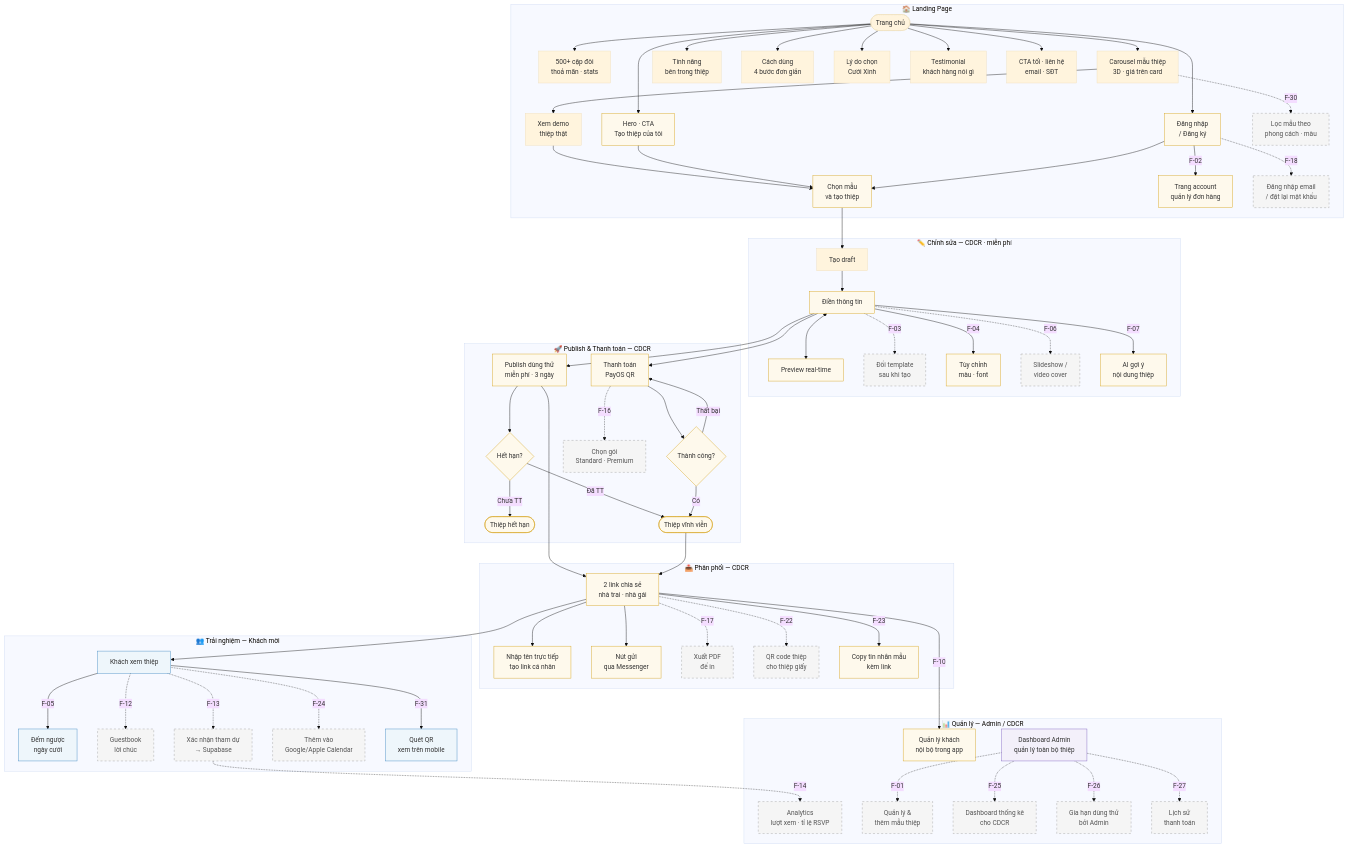
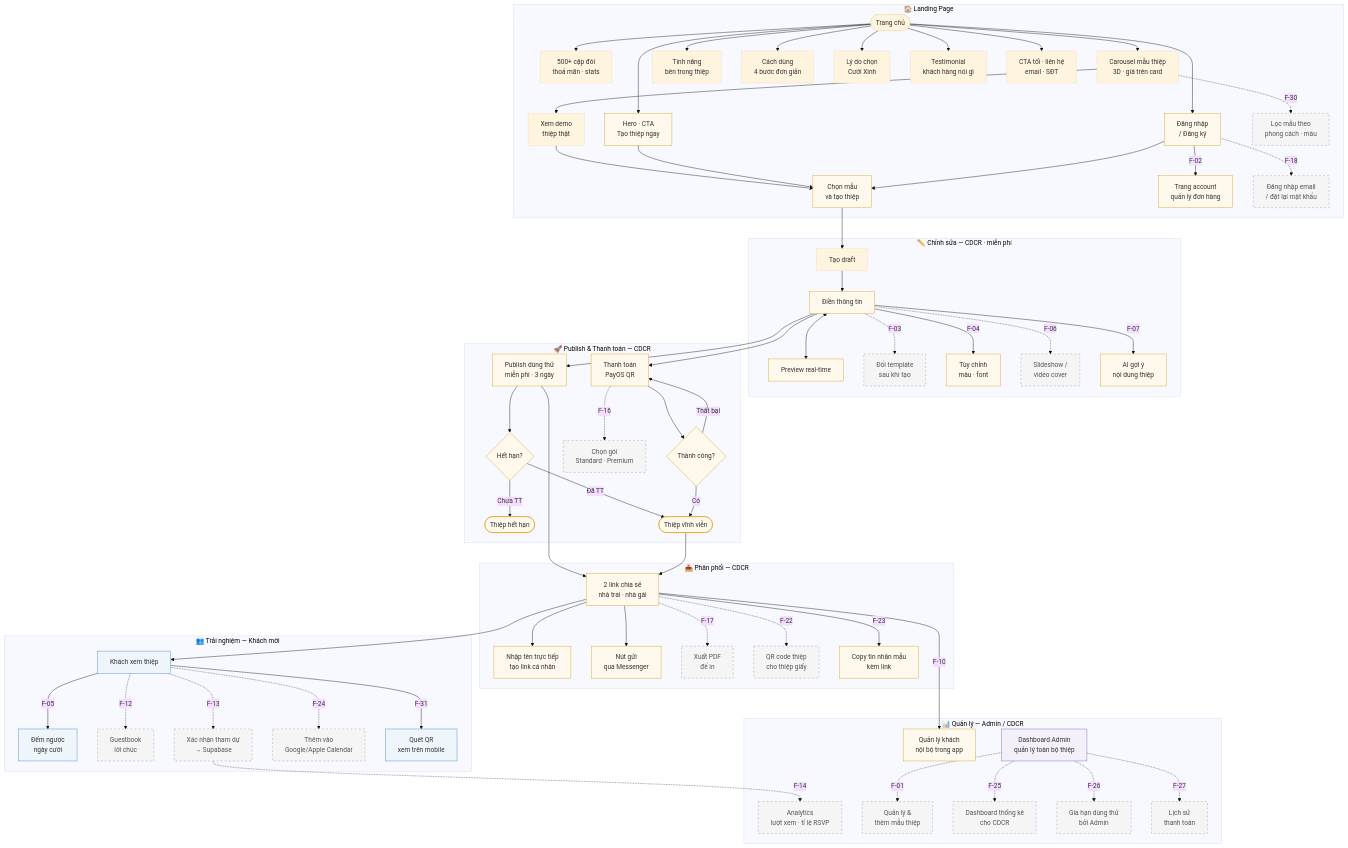
The first of 2 diagrams in documents/overview.md (cuoixinh/cuoixinh.github.io), drawn with Mermaid (base theme) before and after one commit. The commit also changed other lines of this file and 4 other files, not shown here.

````diff
--- a/documents/overview.md
+++ b/documents/overview.md
@@ -13,78 +13,78 @@
 ```mermaid
 flowchart TD
     classDef future fill:#f5f5f5,stroke:#999,stroke-dasharray:5 5,color:#555
     classDef cdcr fill:#fef9ec,stroke:#d4a017,color:#333
     classDef guest fill:#eef6fb,stroke:#3a85c0,color:#333
     classDef admin fill:#f3f0fa,stroke:#7c5cbf,color:#333
 
     subgraph landing ["🏠 Landing Page"]
         A([Trang chủ])
-        A --> HERO[Hero · CTA\nTạo thiệp của tôi]:::cdcr
+        A --> HERO[Hero · CTA\nTạo thiệp ngay]:::cdcr
         A --> COUNTER[500+ cặp đôi\nthoả mãn · stats]
         A --> BROWSE[Carousel mẫu thiệp\n3D · giá trên card]
         A --> FEAT[Tính năng\nbên trong thiệp]
         A --> STEPS[Cách dùng\n4 bước đơn giản]
         A --> BENEFITS[Lý do chọn\nCưới Xinh]
         A --> TESTI[Testimonial\nkhách hàng nói gì]
         A --> CTA[CTA tối · liên hệ\nemail · SĐT]
         A --> LOGIN[Đăng nhập\n/ Đăng ký]:::cdcr
         BROWSE --> DEMO[Xem demo\nthiệp thật]
         BROWSE -. F-30 .-> FILTER[Lọc mẫu theo\nphong cách · màu]:::future
         DEMO --> B[Chọn mẫu\nvà tạo thiệp]:::cdcr
         HERO --> B
         LOGIN --> B
         LOGIN -- F-02 --> ACC[Trang account\nquản lý đơn hàng]:::cdcr
         LOGIN -. F-18 .-> AUTH[Đăng nhập email\n/ đặt lại mật khẩu]:::future
     end
     B --> C[Tạo draft]
 
     subgraph edit ["✏️ Chỉnh sửa — CDCR · miễn phí"]
         C --> D[Điền thông tin]:::cdcr
         D <--> PV[Preview real-time]:::cdcr
         D -. F-03 .-> D1[Đổi template\nsau khi tạo]:::future
         D -- F-04 --> D2[Tùy chỉnh\nmàu · font]:::cdcr
         D -. F-06 .-> D3[Slideshow /\nvideo cover]:::future
         D -- F-07 --> D4[AI gợi ý\nnội dung thiệp]:::cdcr
     end
 
     subgraph publish ["🚀 Publish & Thanh toán — CDCR"]
         D --> FREE[Publish dùng thử\nmiễn phí · 3 ngày]:::cdcr
         FREE --> EXP{Hết hạn?}:::cdcr
         EXP -- Chưa TT --> DEAD([Thiệp hết hạn]):::cdcr
         EXP -- Đã TT --> PERM([Thiệp vĩnh viễn]):::cdcr
         D --> PAY[Thanh toán\nPayOS QR]:::cdcr
         PAY --> R{Thành công?}:::cdcr
         R -- Thất bại --> PAY
         R -- Có --> PERM
         PAY -. F-16 .-> TIER[Chọn gói\nStandard · Premium]:::future
     end
 
     subgraph dist ["📤 Phân phối — CDCR"]
         FREE --> LINK[2 link chia sẻ\nnhà trai · nhà gái]:::cdcr
         PERM --> LINK
         LINK --> MANUAL[Nhập tên trực tiếp\ntạo link cá nhân]:::cdcr
         LINK --> MSG[Nút gửi\nqua Messenger]:::cdcr
         LINK -. F-17 .-> PDF[Xuất PDF\nđể in]:::future
         LINK -. F-22 .-> QRC[QR code thiệp\ncho thiệp giấy]:::future
         LINK -- F-23 --> CPY[Copy tin nhắn mẫu\nkèm link]:::cdcr
     end
 
     subgraph view ["👥 Trải nghiệm — Khách mời"]
         LINK --> V[Khách xem thiệp]:::guest
         V -- F-05 --> CD[Đếm ngược\nngày cưới]:::guest
         V -. F-12 .-> GB[Guestbook\nlời chúc]:::future
         V -. F-13 .-> RSVP[Xác nhận tham dự\n→ Supabase]:::future
         V -. F-24 .-> CAL[Thêm vào\nGoogle/Apple Calendar]:::future
         V -- F-31 --> QRMOBILE[Quét QR\nxem trên mobile]:::guest
     end
 
     subgraph mgmt ["📊 Quản lý — Admin / CDCR"]
         RSVP -. F-14 .-> ANL[Analytics\nlượt xem · tỉ lệ RSVP]:::future
         LINK -- F-10 --> GM[Quản lý khách\nnội bộ trong app]:::cdcr
         ADM[Dashboard Admin\nquản lý toàn bộ thiệp]:::admin
         ADM -. F-01 .-> TMPL[Quản lý &\nthêm mẫu thiệp]:::future
         ADM -. F-25 .-> STAT[Dashboard thống kê\ncho CDCR]:::future
         ADM -. F-26 .-> EXT[Gia hạn dùng thử\nbởi Admin]:::future
         ADM -. F-27 .-> TXLOG[Lịch sử\nthanh toán]:::future
     end
 ```
````
